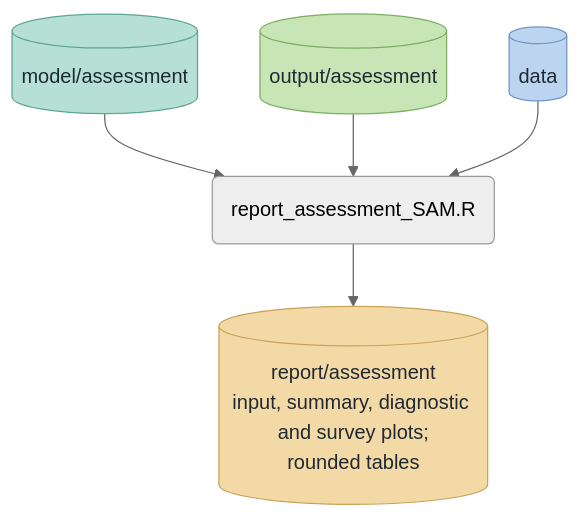
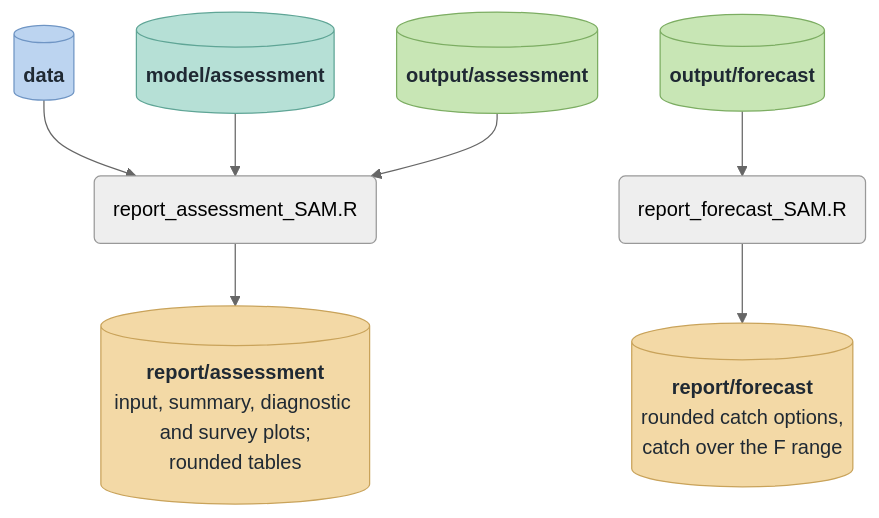
Before and after one commit to ices-tools-dev/SAM_taf_template: the fifth of 5 diagrams in README.Rmd, drawn with Mermaid (neutral theme). The commit also changed other lines of this file and 4 other files, not shown here.

Commit message:
Add catch options table and forecast report, name forecast tables by scenario, order README diagrams

````diff
--- a/README.Rmd
+++ b/README.Rmd
@@ -140,16 +158,25 @@
 ```mermaid
 flowchart TD
-  M1[("model/assessment")] --> S("report_assessment_SAM.R")
-  O1[("output/assessment")] --> S
-  D[("data")] --> S
-  S --> R[("report/assessment<br/>input, summary, diagnostic and survey plots;<br/>rounded tables")]
+  D[("<b>data</b>")]
+  M1[("<b>model/assessment</b>")]
+  O1[("<b>output/assessment</b>")]
+  O2[("<b>output/forecast</b>")]
+  S("report_assessment_SAM.R")
+  S2("report_forecast_SAM.R")
+  R[("<b>report/assessment</b><br/>input, summary, diagnostic and survey plots;<br/>rounded tables")]
+  R2[("<b>report/forecast</b><br/>rounded catch options,<br/>catch over the F range")]
+  D --> S
+  M1 --> S
+  O1 --> S
+  S --> R
+  O2 --> S2 --> R2
   classDef boot fill:#cfd6e0,stroke:#8a96a8,color:#1f2933
   classDef data fill:#bcd4f0,stroke:#6f95c4,color:#1f2933
   classDef model fill:#b6e0d6,stroke:#5fa596,color:#1f2933
   classDef output fill:#c8e6b5,stroke:#7cad62,color:#1f2933
   classDef report fill:#f3d9a6,stroke:#c9a35a,color:#1f2933
+  class D data
   class M1 model
-  class O1 output
-  class D data
-  class R report
+  class O1,O2 output
+  class R,R2 report
 ```
````
